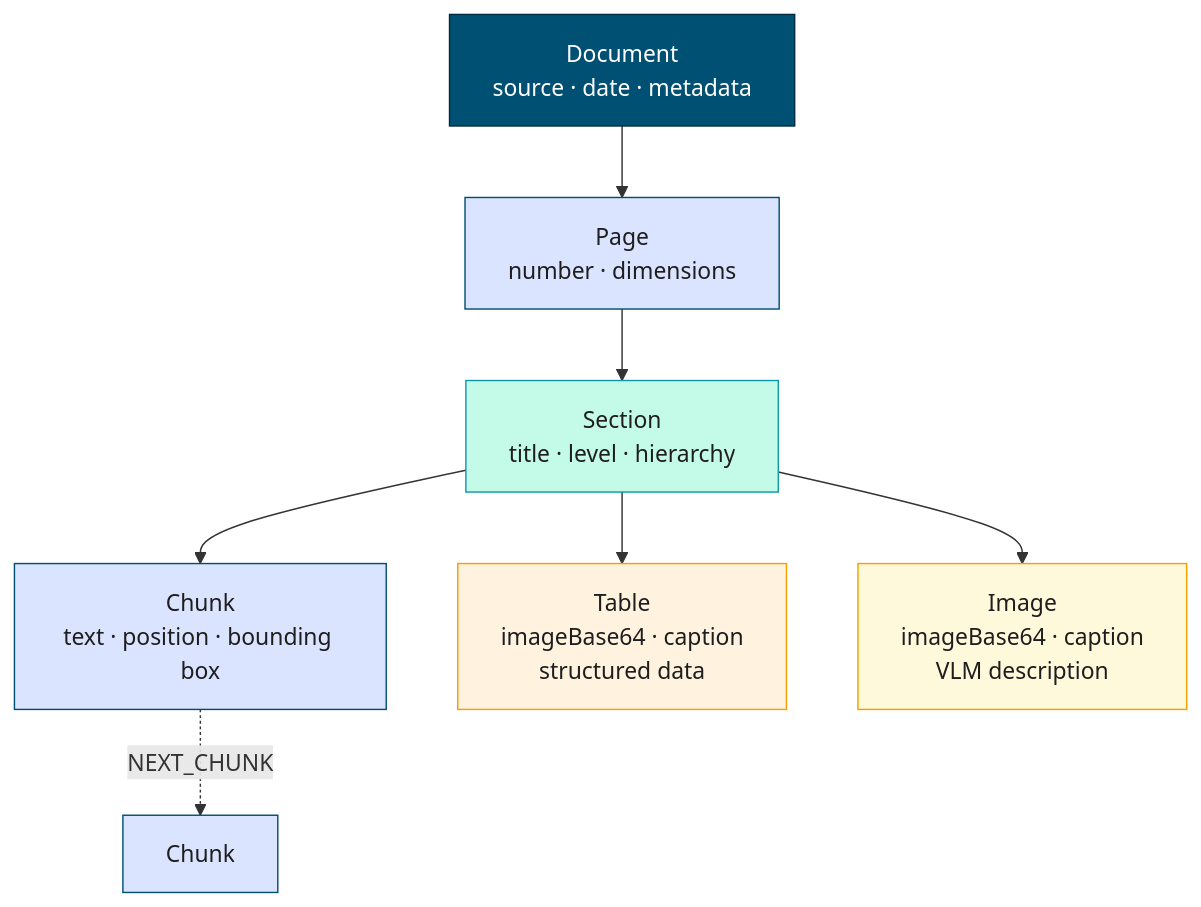
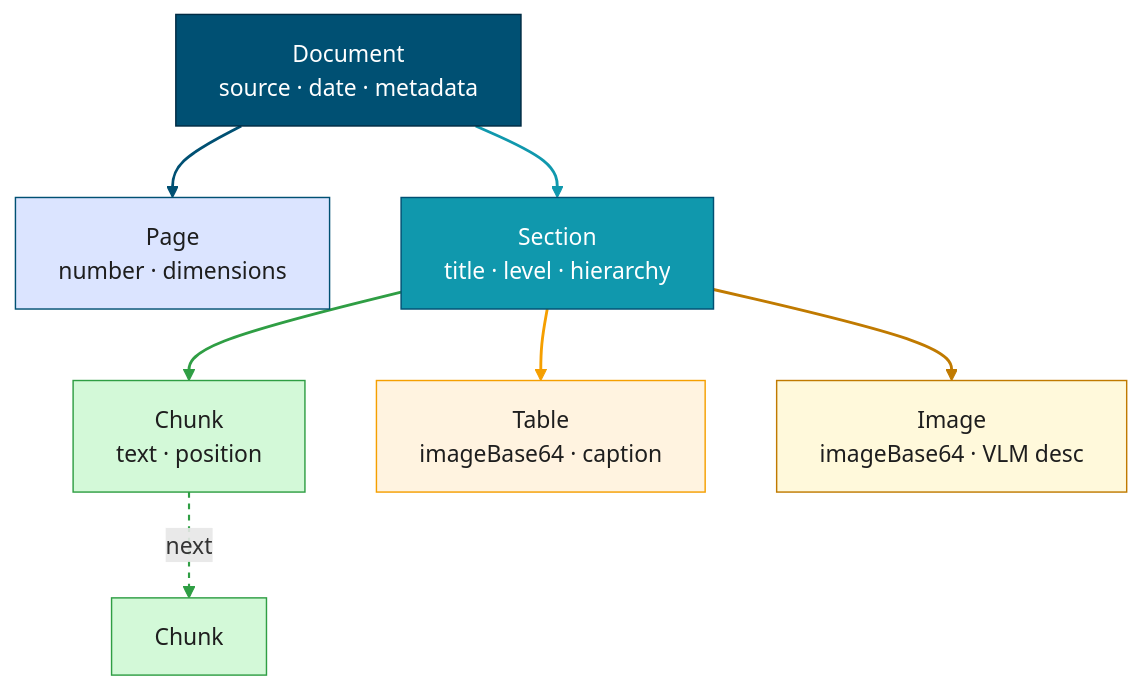
One commit to joy-neo4j/graph-intelligence-agent changed the fourth of 13 diagrams in outputs/Graph_Intelligence_Technical_DeepDive.md. Above: the diagram before and after it, drawn with Mermaid. The commit also changed other lines of this file and 1 other file, not shown here.

````diff
--- a/outputs/Graph_Intelligence_Technical_DeepDive.md
+++ b/outputs/Graph_Intelligence_Technical_DeepDive.md
@@ -336,16 +351,22 @@
 ```mermaid
 graph TD
     Doc["Document<br/>source · date · metadata"] --> Page["Page<br/>number · dimensions"]
-    Page --> Sec["Section<br/>title · level · hierarchy"]
-    Sec --> C1["Chunk<br/>text · position · bounding box"]
-    C1 -.->|NEXT_CHUNK| C2["Chunk"]
-    Sec --> Tbl["Table<br/>imageBase64 · caption<br/>structured data"]
-    Sec --> Img["Image<br/>imageBase64 · caption<br/>VLM description"]
+    Doc --> Sec["Section<br/>title · level · hierarchy"]
+    Sec --> C1["Chunk<br/>text · position"]
+    C1 -.->|next| C2["Chunk"]
+    Sec --> Tbl["Table<br/>imageBase64 · caption"]
+    Sec --> Img["Image<br/>imageBase64 · VLM desc"]
     style Doc fill:#005073,stroke:#002B43,color:#fff
     style Page fill:#dbe4ff,stroke:#005073,color:#1e1e1e
-    style Sec fill:#c3fae8,stroke:#1098ad,color:#1e1e1e
-    style C1 fill:#dbe4ff,stroke:#005073,color:#1e1e1e
-    style C2 fill:#dbe4ff,stroke:#005073,color:#1e1e1e
+    style Sec fill:#1098ad,stroke:#005073,color:#fff
+    style C1 fill:#d3f9d8,stroke:#2f9e44,color:#1e1e1e
+    style C2 fill:#d3f9d8,stroke:#2f9e44,color:#1e1e1e
     style Tbl fill:#fff3e0,stroke:#f59f00,color:#1e1e1e
-    style Img fill:#fff9db,stroke:#f59f00,color:#1e1e1e
+    style Img fill:#fff9db,stroke:#c07a00,color:#1e1e1e
+    linkStyle 0 stroke:#005073,stroke-width:2px
+    linkStyle 1 stroke:#1098ad,stroke-width:2px
+    linkStyle 2 stroke:#2f9e44,stroke-width:2px
+    linkStyle 3 stroke:#2f9e44,stroke-width:1.5px,stroke-dasharray:4
+    linkStyle 4 stroke:#f59f00,stroke-width:2px
+    linkStyle 5 stroke:#c07a00,stroke-width:2px
 ```
````
